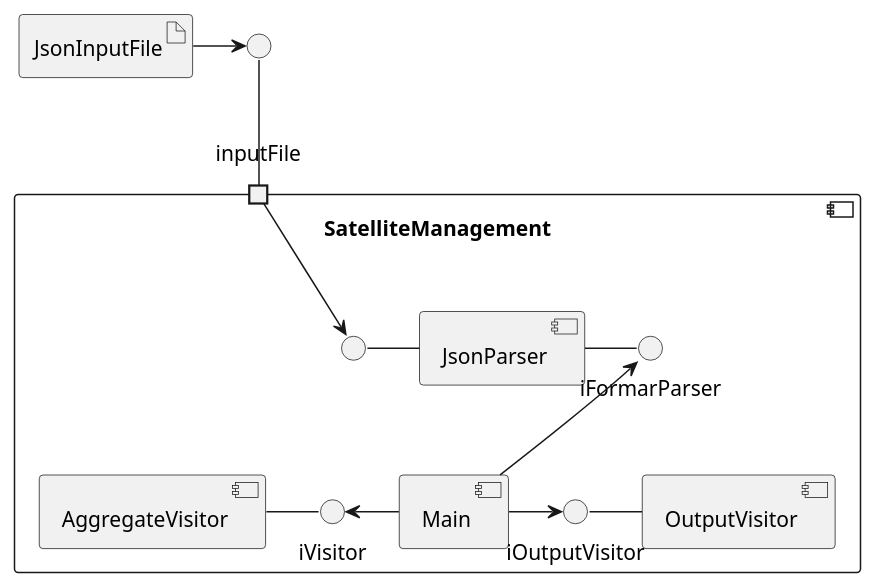
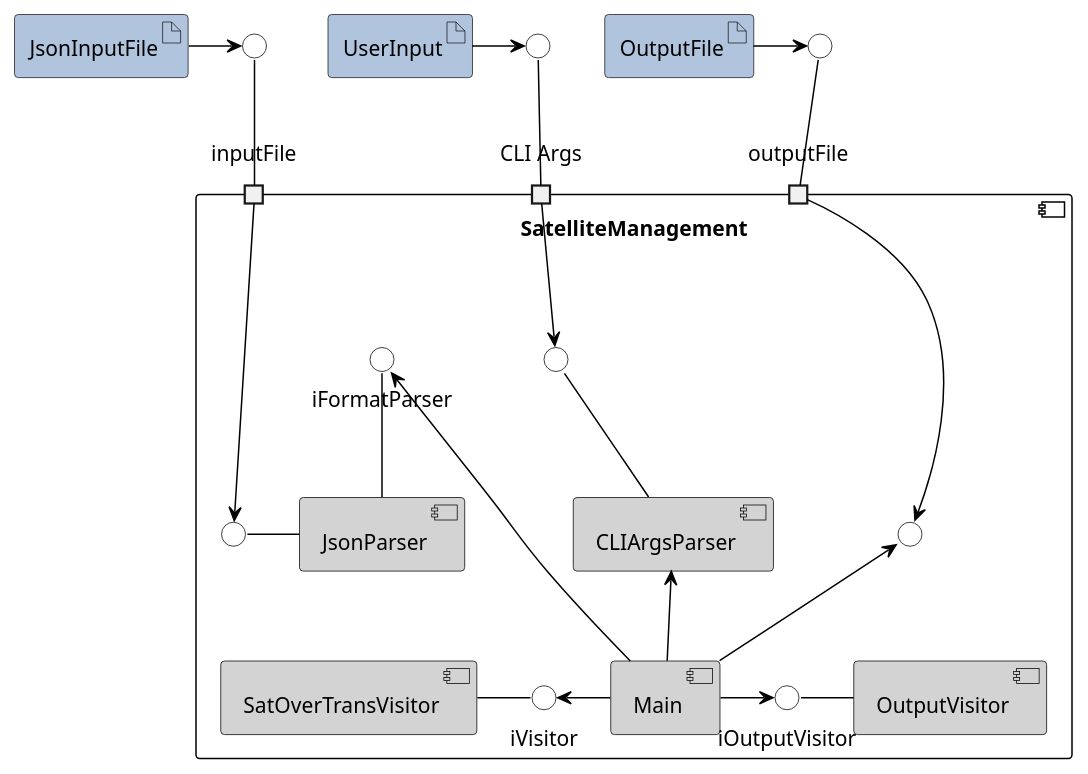
The diagram in UML-Diagramme/componentDiagram.puml (DHBW-INF2020/SWE2022_LS_LB_PK), drawn with PlantUML before and after one commit. The commit also changed 1 other file, not shown here.

Commit message:
changed diagrams

```diff
--- a/UML-Diagramme/componentDiagram.puml
+++ b/UML-Diagramme/componentDiagram.puml
@@ -1,37 +1,83 @@
 @startuml
 
 artifact JsonInputFile
+artifact UserInput
+artifact OutputFile
 
+
+
+skinparam component {
+    BackgroundColor white
+    BorderColor black
+    ArrowColor black
+
+}
+
+skinparam interface {
+    BackgroundColor white
+    BorderColor black
+    ArrowColor black
+}
+
+skinparam port {
+    BorderColor MidnightBlue
+    BackgroundColor MidnightBlue
+}
+
+skinparam artifact {
+    BackgroundColor LightSteelBlue
+}
 
 component SatelliteManagement as app{
 
     port "inputFile" as p_in
+    port "CLI Args" as p_args
+    port "outputFile" as p_out
 
-    component AggregateVisitor
-    component Main
-    component OutputVisitor
-    component JsonParser
+    component SatOverTransVisitor #LightGrey
+    component Main #LightGrey
+    component OutputVisitor #LightGrey
+    component JsonParser #LightGrey
+    component CLIArgsParser #LightGrey
 
     interface iVisitor
     interface iOutputVisitor
-    interface iFormarParser
+    interface iFormatParser
 
-    iVisitor -left- AggregateVisitor
+    iVisitor -left- SatOverTransVisitor
     Main -left-> iVisitor
     Main -right->iOutputVisitor
     iOutputVisitor -right- OutputVisitor
-    Main -up->iFormarParser
-    iFormarParser -left- JsonParser
+    Main -up-->iFormatParser
+    JsonParser -u- iFormatParser
     () " " as i_in
     i_in - JsonParser
     p_in -down-> i_in
+    Main -up-> CLIArgsParser
+    () " " as i_args
+    i_args -down- CLIArgsParser
+    () " " as i_out
+    Main -up-> i_out
+
+    JsonParser -[hidden]> CLIArgsParser
+
 }
 
 
 () " " as io_in
 io_in -down- p_in
 JsonInputFile -right-> io_in
 
+() " " as io_args
+io_args -down- p_args
+UserInput -right-> io_args
+p_args -down-> i_args
+
+() " " as io_out
+io_out -down- p_out
+OutputFile -right-> io_out
+p_out -down-> i_out
+
 
 
 @enduml
```
